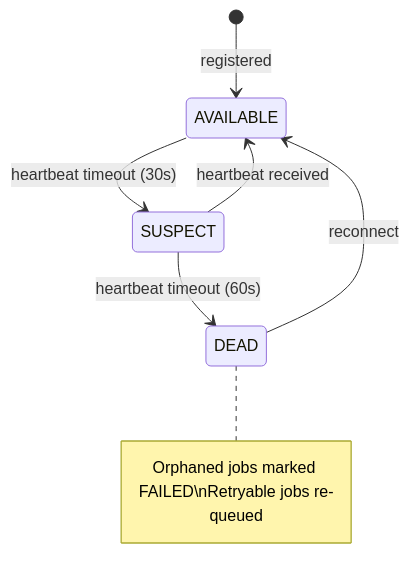
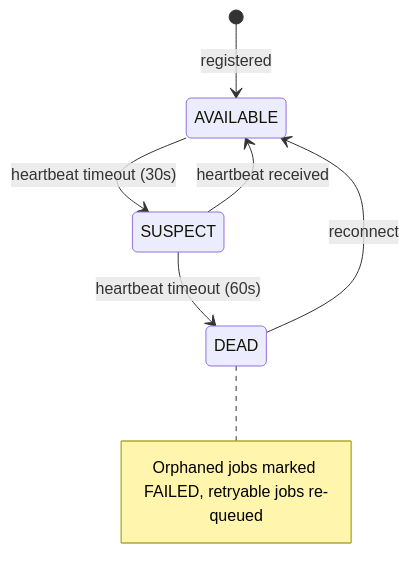
Before and after one commit to Abhishekkumar2021/Pravah: diagram 11 of 15 in docs/lld/06-scalability-failure-analysis.md, drawn with Mermaid. The commit also changed 4 other files, not shown here.

First line of the commit message:
docs: rewrite README with Mermaid diagrams and fix LLD documentation

````diff
--- a/docs/lld/06-scalability-failure-analysis.md
+++ b/docs/lld/06-scalability-failure-analysis.md
@@ -371,10 +371,10 @@
 ```mermaid
 stateDiagram-v2
     [*] --> AVAILABLE : registered
     AVAILABLE --> SUSPECT : heartbeat timeout (30s)
     SUSPECT --> AVAILABLE : heartbeat received
     SUSPECT --> DEAD : heartbeat timeout (60s)
     DEAD --> AVAILABLE : reconnect
     
-    note right of DEAD : Orphaned jobs marked FAILED\nRetryable jobs re-queued
+    note right of DEAD : Orphaned jobs marked FAILED, retryable jobs re-queued
 ```
````
